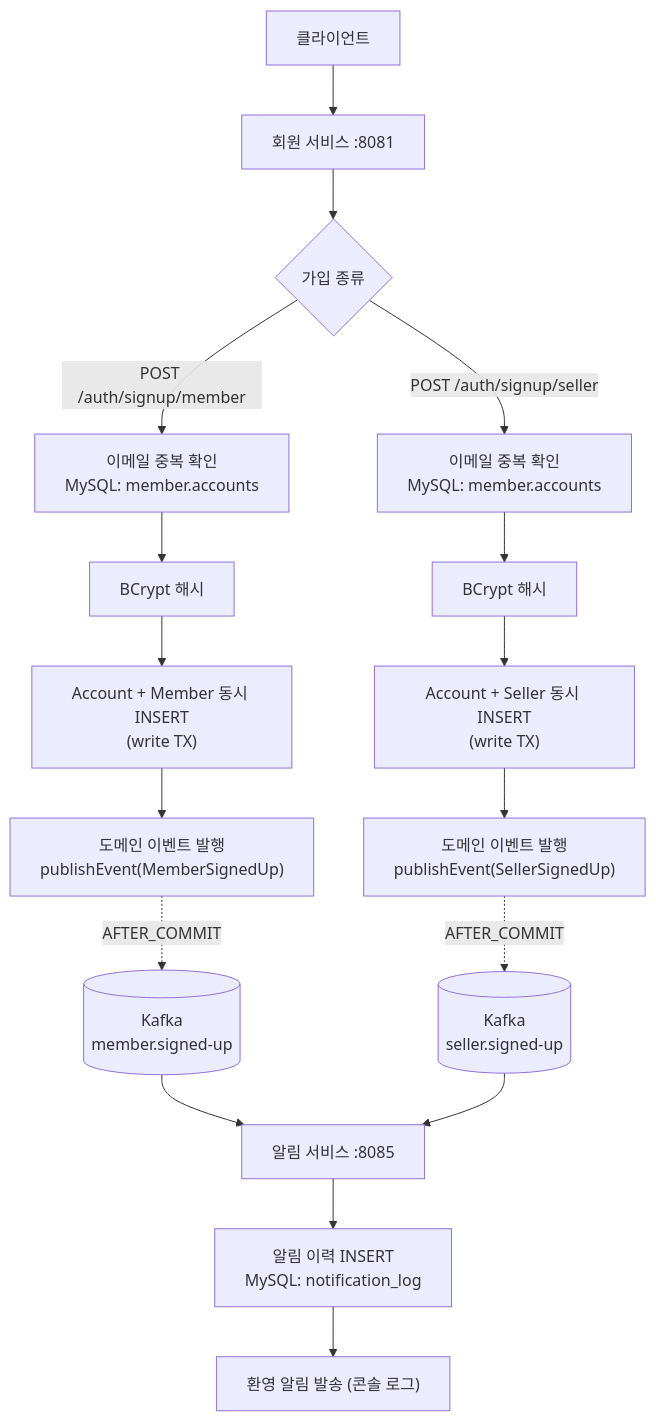
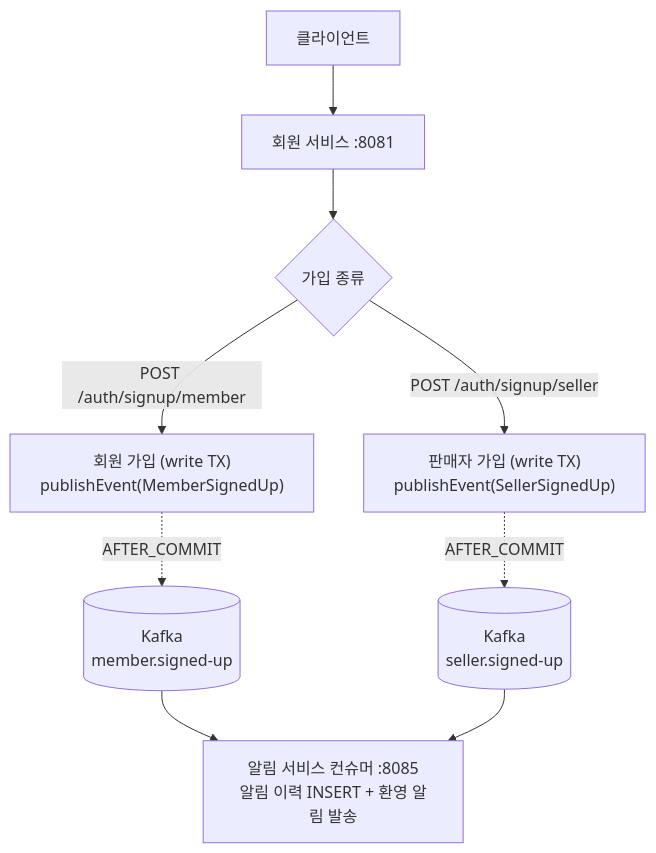
One commit to ing9990/deep-blog changed the diagram in mini-coupang/diagrams/signup.md. Above: the diagram before and after it, drawn with Mermaid. The commit also changed other lines of this file and 14 other files, not shown here.

````diff
--- a/mini-coupang/diagrams/signup.md
+++ b/mini-coupang/diagrams/signup.md
@@ -19,22 +19,14 @@
 ```mermaid
 flowchart TD
     C["클라이언트"] --> MS["회원 서비스 :8081"]
     MS --> Branch{가입 종류}
 
-    Branch -- "POST /auth/signup/member" --> VM["이메일 중복 확인<br/>MySQL: member.accounts"]
-    VM --> HM["BCrypt 해시"]
-    HM --> IM["Account + Member 동시 INSERT<br/>(write TX)"]
-    IM --> PM["도메인 이벤트 발행<br/>publishEvent(MemberSignedUp)"]
-    PM -. "AFTER_COMMIT" .-> KM[("Kafka<br/>member.signed-up")]
+    Branch -- "POST /auth/signup/member" --> SM["회원 가입 (write TX)<br/>publishEvent(MemberSignedUp)"]
+    SM -. "AFTER_COMMIT" .-> KM[("Kafka<br/>member.signed-up")]
 
-    Branch -- "POST /auth/signup/seller" --> VS["이메일 중복 확인<br/>MySQL: member.accounts"]
-    VS --> HS["BCrypt 해시"]
-    HS --> IS["Account + Seller 동시 INSERT<br/>(write TX)"]
-    IS --> PS["도메인 이벤트 발행<br/>publishEvent(SellerSignedUp)"]
-    PS -. "AFTER_COMMIT" .-> KS[("Kafka<br/>seller.signed-up")]
+    Branch -- "POST /auth/signup/seller" --> SS["판매자 가입 (write TX)<br/>publishEvent(SellerSignedUp)"]
+    SS -. "AFTER_COMMIT" .-> KS[("Kafka<br/>seller.signed-up")]
 
-    KM --> NS["알림 서비스 :8085"]
-    KS --> NS
-    NS --> NL["알림 이력 INSERT<br/>MySQL: notification_log"]
-    NL --> ND["환영 알림 발송 (콘솔 로그)"]
+    KM --> NC["알림 서비스 컨슈머 :8085<br/>알림 이력 INSERT + 환영 알림 발송"]
+    KS --> NC
 ```
````
